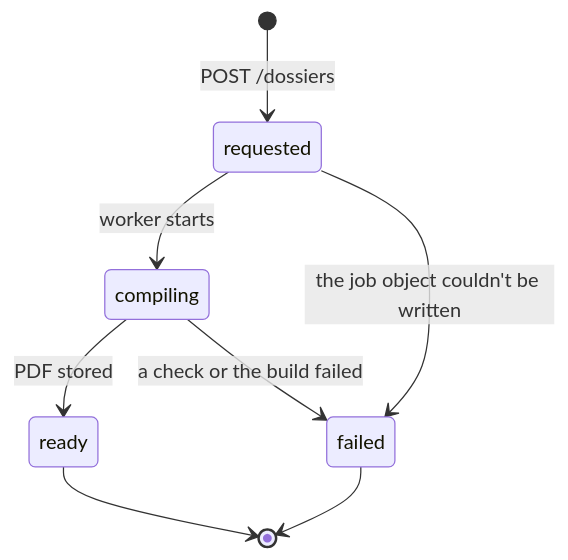
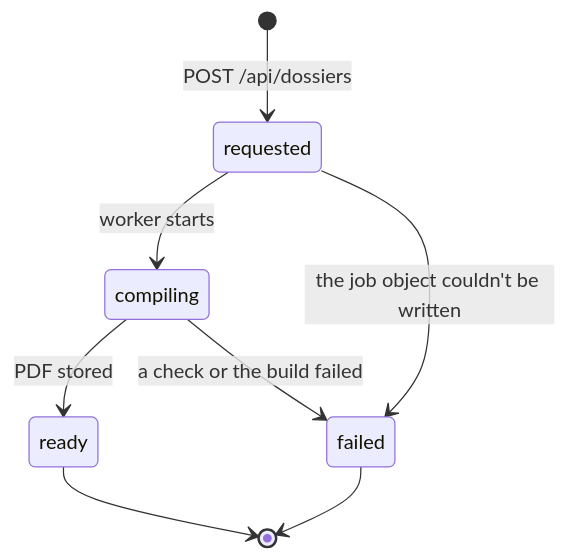
The second of 2 diagrams in docs/design/dossier.md (Katlego-tech/Tokelo), drawn with Mermaid before and after one commit. The commit also changed 17 other files, not shown here.

````diff
--- a/docs/design/dossier.md
+++ b/docs/design/dossier.md
@@ -64,10 +64,10 @@
 ```mermaid
 stateDiagram-v2
-    [*] --> requested: POST /dossiers
+    [*] --> requested: POST /api/dossiers
     requested --> compiling: worker starts
     requested --> failed: the job object couldn't be written
     compiling --> ready: PDF stored
     compiling --> failed: a check or the build failed
     ready --> [*]
     failed --> [*]
 ```
````
